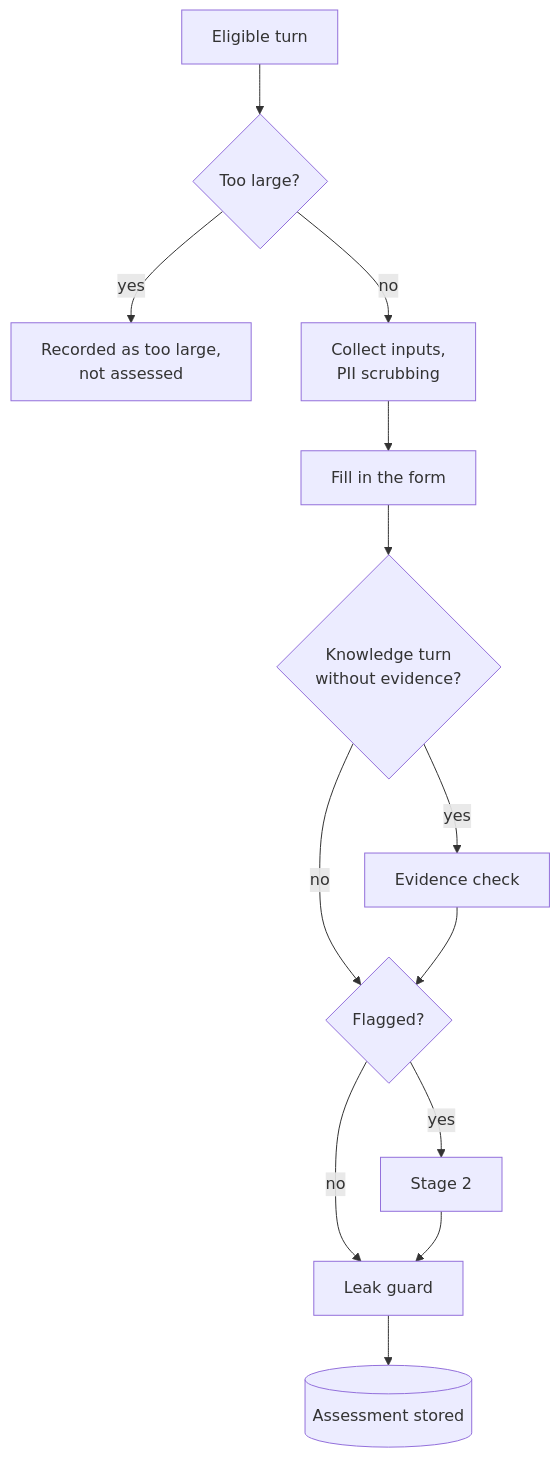
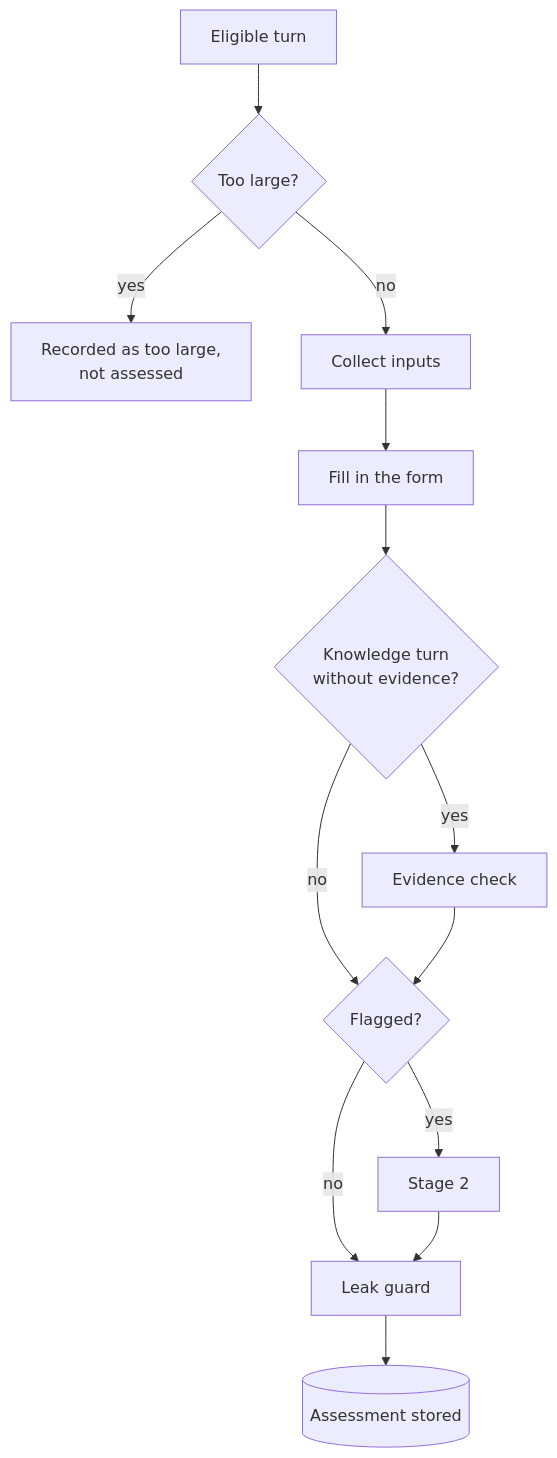
One commit to pborkowski-rtbh/conversation-analyzer changed the fifth of 19 diagrams in design-doc.md. Above: the diagram before and after it, drawn with Mermaid. The commit also changed other lines of this file and 28 other files, not shown here.

First line of the commit message:
No PII scrubbing: design doc, plan item A3 and Jira issue 08

````diff
--- a/design-doc.md
+++ b/design-doc.md
@@ -338,15 +336,15 @@
 ```mermaid
 flowchart TB
     A["Eligible turn"] --> B{"Too large?"}
     B -->|"yes"| S["Recorded as too large,<br/>not assessed"]
-    B -->|"no"| C["Collect inputs,<br/>PII scrubbing"]
+    B -->|"no"| C["Collect inputs"]
     C --> E["Fill in the form"]
     E --> D{"Knowledge turn<br/>without evidence?"}
     D -->|"yes"| V["Evidence check"]
     D -->|"no"| F{"Flagged?"}
     V --> F
     F -->|"no"| L["Leak guard"]
     F -->|"yes"| G["Stage 2"]
     G --> L
     L --> R[("Assessment stored")]
 ```
````
